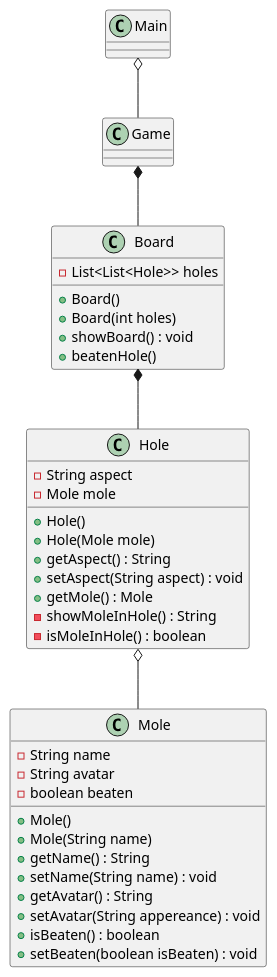
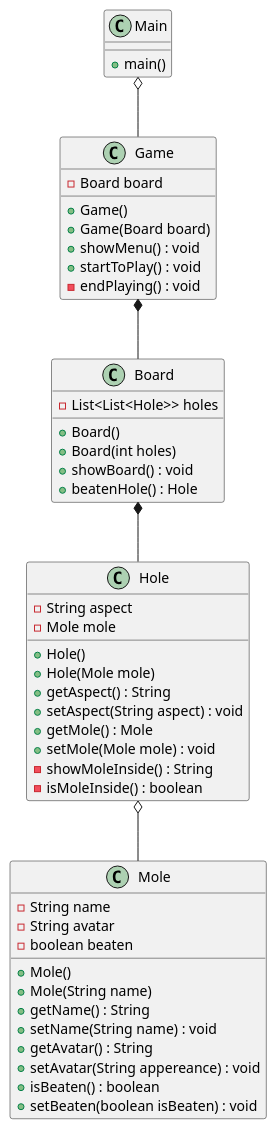
The diagram in docs/whackAMole.puml (eabol/awesome-projects-prograii), drawn with PlantUML before and after one commit.

Commit message:
docs: class diagram of whackAMole

```diff
--- a/docs/whackAMole.puml
+++ b/docs/whackAMole.puml
@@ -1,41 +1,52 @@
 @startuml
 class Mole {
  - String name
  - String avatar
  - boolean beaten
  + Mole()
  + Mole(String name)
  + getName() : String
  + setName(String name) : void
  + getAvatar() : String
  + setAvatar(String appereance) : void
  + isBeaten() : boolean
  + setBeaten(boolean isBeaten) : void
 }
 
 class Board {
   - List<List<Hole>> holes
   + Board()
   + Board(int holes)
   + showBoard() : void
-  + beatenHole() 
+  + beatenHole() : Hole
 }
 class Hole{
   - String aspect
   - Mole mole
   + Hole()
   + Hole(Mole mole)
   + getAspect() : String
   + setAspect(String aspect) : void
   + getMole() : Mole
-  - showMoleInHole() : String
-  - isMoleInHole() : boolean
+  + setMole(Mole mole) : void
+  - showMoleInside() : String
+  - isMoleInside() : boolean
 }
-class Game
-class Main
+class Game{
+  - Board board
+  + Game()
+  + Game(Board board)
+  + showMenu() : void
+  + startToPlay() : void
+  - endPlaying() : void
+}
+
+class Main{
+  + main()
+}
 
 Hole o-- Mole
 Board *-- Hole
 Game *-- Board
 Main o-- Game
 @enduml
```
